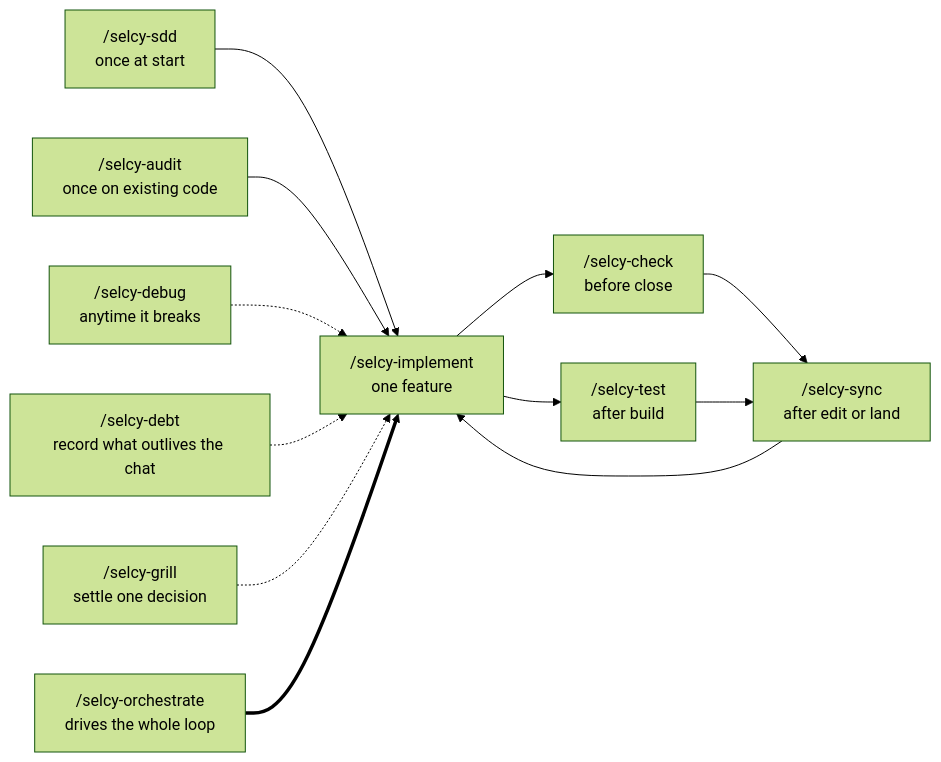
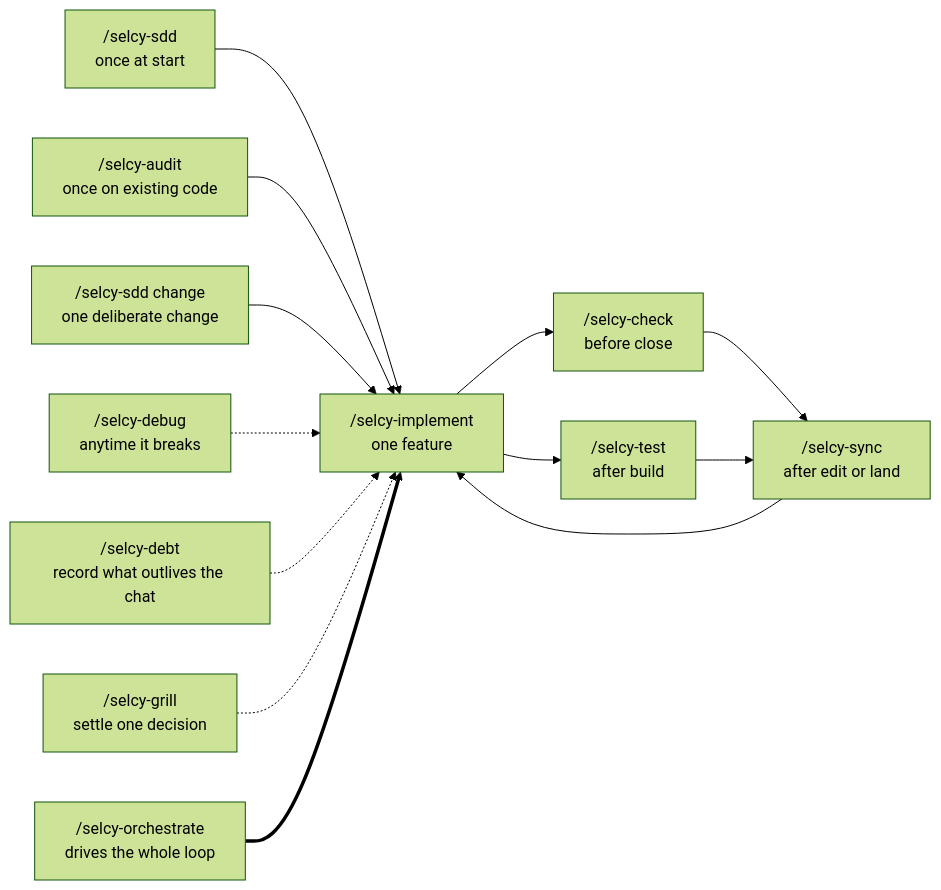
One commit to maulanaadib/skills changed the diagram in README.md. Above: the diagram before and after it, drawn with Mermaid (forest theme). The commit also changed other lines of this file and 3 other files, not shown here.

````diff
--- a/README.md
+++ b/README.md
@@ -11,16 +11,17 @@
 ```mermaid
 flowchart LR
     A["/selcy-sdd<br/>once at start"] --> B["/selcy-implement<br/>one feature"]
     H["/selcy-audit<br/>once on existing code"] --> B
+    K["/selcy-sdd change<br/>one deliberate change"] --> B
     B --> C["/selcy-check<br/>before close"]
     B --> D["/selcy-test<br/>after build"]
     C --> E["/selcy-sync<br/>after edit or land"]
     D --> E
     E --> B
 
     F["/selcy-debug<br/>anytime it breaks"] -.-> B
     I["/selcy-debt<br/>record what outlives the chat"] -.-> B
     J["/selcy-grill<br/>settle one decision"] -.-> B
 
     G["/selcy-orchestrate<br/>drives the whole loop"] ==> B
 ```
````
